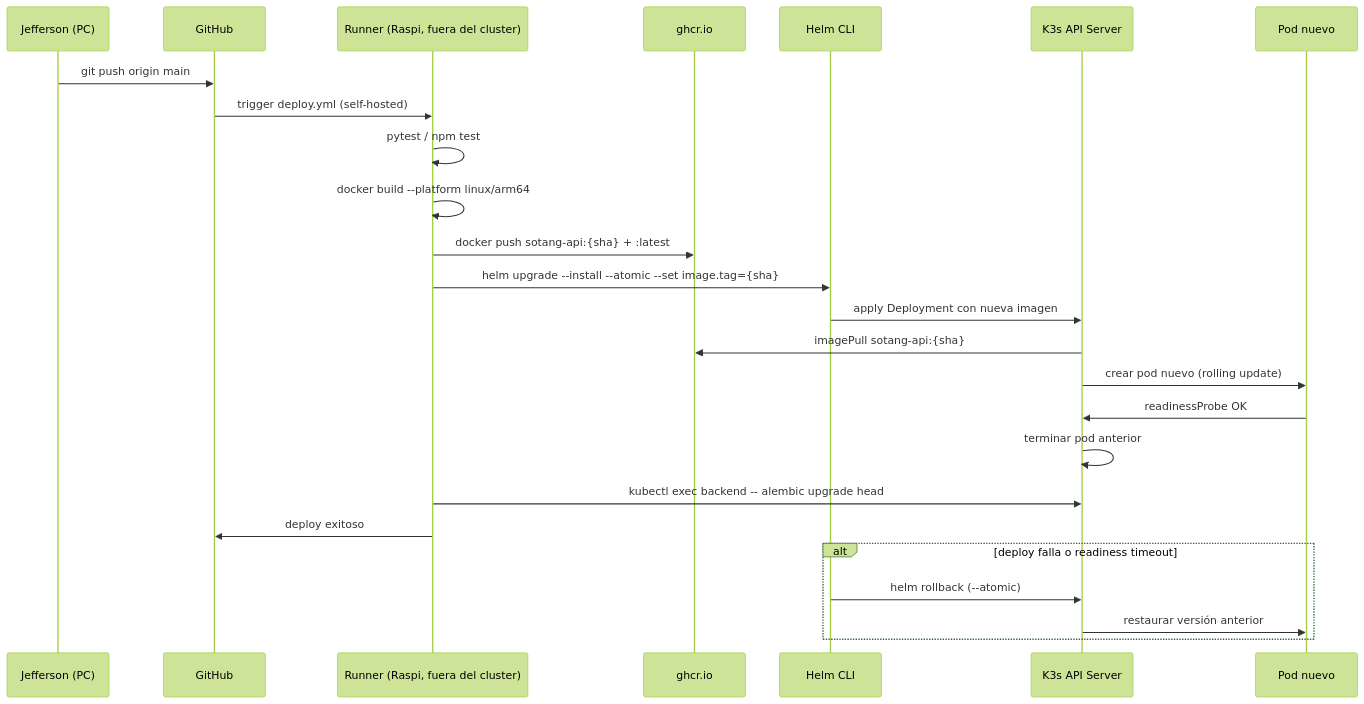
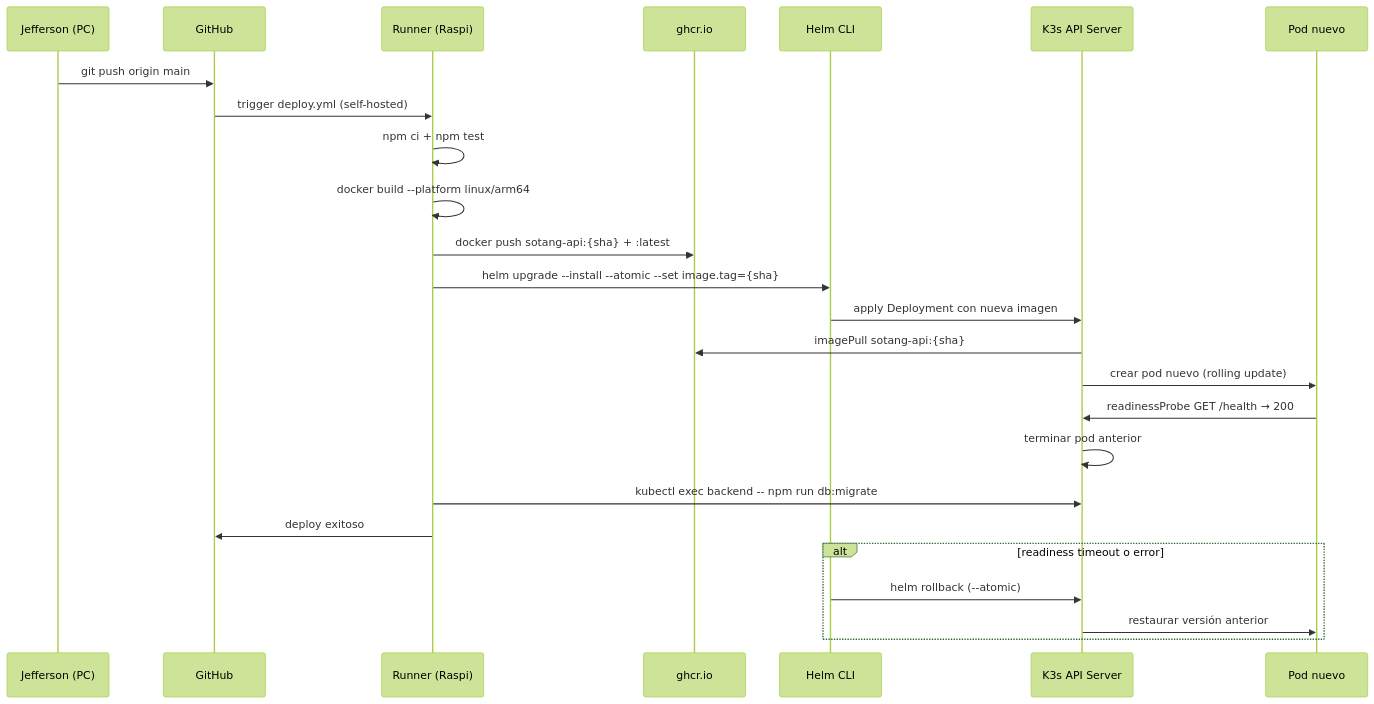
Before and after one commit to root-jeff/Sotang-Documentation: the fourth of 4 diagrams in arquitectura/deployment.md, drawn with Mermaid (forest theme). The commit also changed other lines of this file and 17 other files, not shown here.

````diff
--- a/arquitectura/deployment.md
+++ b/arquitectura/deployment.md
@@ -181,29 +187,29 @@
 ```mermaid
 sequenceDiagram
     participant DEV as Jefferson (PC)
     participant GH as GitHub
-    participant RUNNER as Runner (Raspi, fuera del cluster)
+    participant RUNNER as Runner (Raspi)
     participant GHCR as ghcr.io
     participant HELM as Helm CLI
     participant K3S as K3s API Server
     participant POD as Pod nuevo
 
     DEV->>GH: git push origin main
     GH->>RUNNER: trigger deploy.yml (self-hosted)
-    RUNNER->>RUNNER: pytest / npm test
+    RUNNER->>RUNNER: npm ci + npm test
     RUNNER->>RUNNER: docker build --platform linux/arm64
     RUNNER->>GHCR: docker push sotang-api:{sha} + :latest
     RUNNER->>HELM: helm upgrade --install --atomic --set image.tag={sha}
     HELM->>K3S: apply Deployment con nueva imagen
     K3S->>GHCR: imagePull sotang-api:{sha}
     K3S->>POD: crear pod nuevo (rolling update)
-    POD->>K3S: readinessProbe OK
+    POD->>K3S: readinessProbe GET /health → 200
     K3S->>K3S: terminar pod anterior
-    RUNNER->>K3S: kubectl exec backend -- alembic upgrade head
+    RUNNER->>K3S: kubectl exec backend -- npm run db:migrate
     RUNNER->>GH: deploy exitoso
 
-    alt deploy falla o readiness timeout
+    alt readiness timeout o error
         HELM->>K3S: helm rollback (--atomic)
         K3S->>POD: restaurar versión anterior
     end
 ```
````
